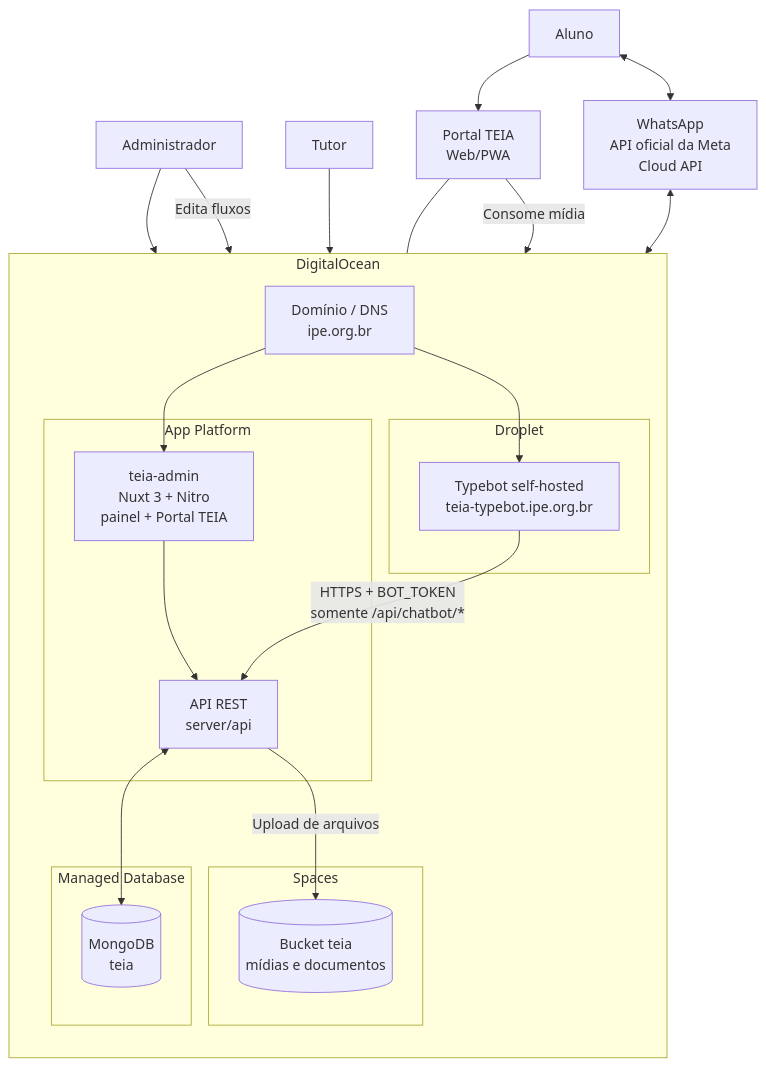
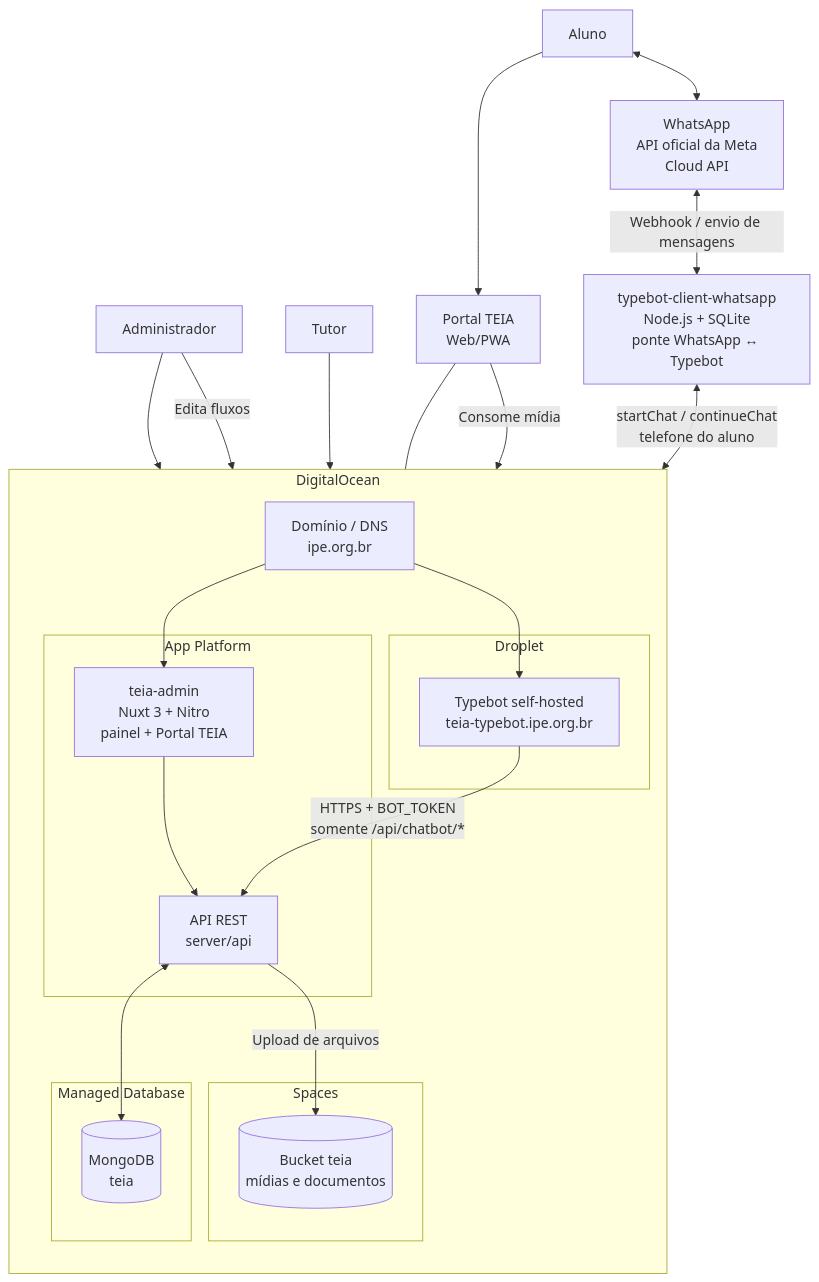
One commit to devsdoprojetoteia/teia-admin changed the first of 2 diagrams in docs/arquitetura_aplicacao.md. Above: the diagram before and after it, drawn with Mermaid. The commit also changed other lines of this file and 1 other file, not shown here.

Commit message:
Adiciona à documentação de arquitetura o serviço typebot-client-whatsapp, que faz a ponte entre a API oficial da Meta e o Typebot, incluindo-o nos diagramas, na tabela de responsabilidades e na descrição dos fallbacks.

````diff
--- a/docs/arquitetura_aplicacao.md
+++ b/docs/arquitetura_aplicacao.md
@@ -13,57 +14,59 @@
 ```mermaid
 flowchart TB
   %% Atores
   Staff[Administrador]
   Tutor[Tutor]
   Student[Aluno]
 
   %% Canais
   WhatsApp[WhatsApp<br/>API oficial da Meta<br/>Cloud API]
   Portal[Portal TEIA<br/>Web/PWA]
+  Client[typebot-client-whatsapp<br/>Node.js + SQLite<br/>ponte WhatsApp ↔ Typebot]
 
   %% DigitalOcean
   subgraph DO[DigitalOcean]
     direction TB
 
     subgraph AppPlatform[App Platform]
       AdminApp[teia-admin<br/>Nuxt 3 + Nitro<br/>painel + Portal TEIA]
       ApiRoutes[API REST<br/>server/api]
       AdminApp --> ApiRoutes
     end
 
     subgraph DB[Managed Database]
       Mongo[(MongoDB<br/>teia)]
     end
 
     subgraph ObjectStorage[Spaces]
       Spaces[(Bucket teia<br/>mídias e documentos)]
     end
 
     subgraph Compute[Droplet]
       Typebot[Typebot self-hosted<br/>teia-typebot.ipe.org.br]
     end
 
     Domain[Domínio / DNS<br/>ipe.org.br]
   end
 
   %% Acesso de usuários
   Staff --> AdminApp
   Tutor --> AdminApp
   Staff -->|Edita fluxos| Typebot
   Student --> Portal
   Portal --- AdminApp
 
   %% Fluxo do chatbot
   Student <--> WhatsApp
-  WhatsApp <--> Typebot
+  WhatsApp <-->|Webhook / envio de mensagens| Client
+  Client <-->|startChat / continueChat<br/>telefone do aluno| Typebot
   Typebot -->|HTTPS + BOT_TOKEN<br/>somente /api/chatbot/*| ApiRoutes
 
   %% Persistência
   ApiRoutes <--> Mongo
   ApiRoutes -->|Upload de arquivos| Spaces
   Portal -->|Consome mídia| Spaces
 
   %% Roteamento
   Domain --> AdminApp
   Domain --> Typebot
 ```
````
